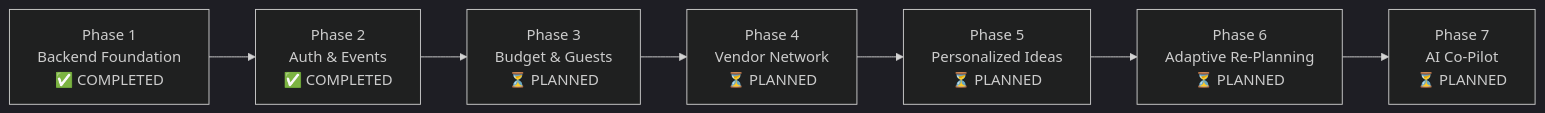
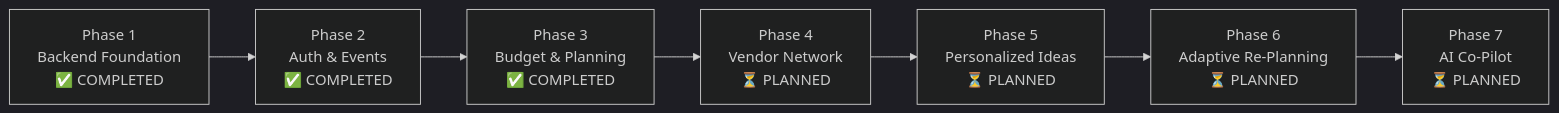
One commit to ZEESHAN0603/PromptWar changed the diagram in docs/BACKEND_ROADMAP.md. Above: the diagram before and after it, drawn with Mermaid (dark theme). The commit also changed other lines of this file and 38 other files, not shown here.

Commit message:
Phase 3 Completed -- Budget, Guests & Timeline

````diff
--- a/docs/BACKEND_ROADMAP.md
+++ b/docs/BACKEND_ROADMAP.md
@@ -9,9 +9,9 @@
 ```mermaid
 flowchart LR
     P1["Phase 1\nBackend Foundation\n✅ COMPLETED"] --> P2["Phase 2\nAuth & Events\n✅ COMPLETED"]
-    P2 --> P3["Phase 3\nBudget & Guests\n⏳ PLANNED"]
+    P2 --> P3["Phase 3\nBudget & Planning\n✅ COMPLETED"]
     P3 --> P4["Phase 4\nVendor Network\n⏳ PLANNED"]
     P4 --> P5["Phase 5\nPersonalized Ideas\n⏳ PLANNED"]
     P5 --> P6["Phase 6\nAdaptive Re-Planning\n⏳ PLANNED"]
     P6 --> P7["Phase 7\nAI Co-Pilot\n⏳ PLANNED"]
 ```
````
